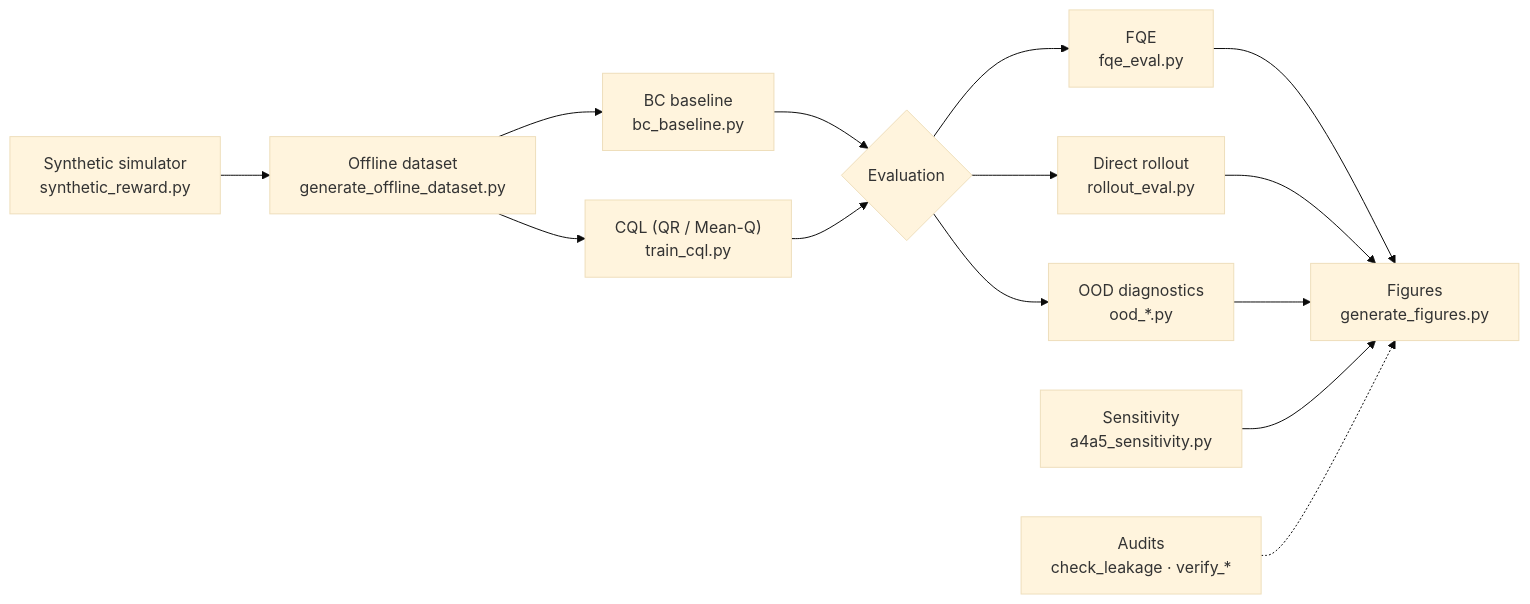
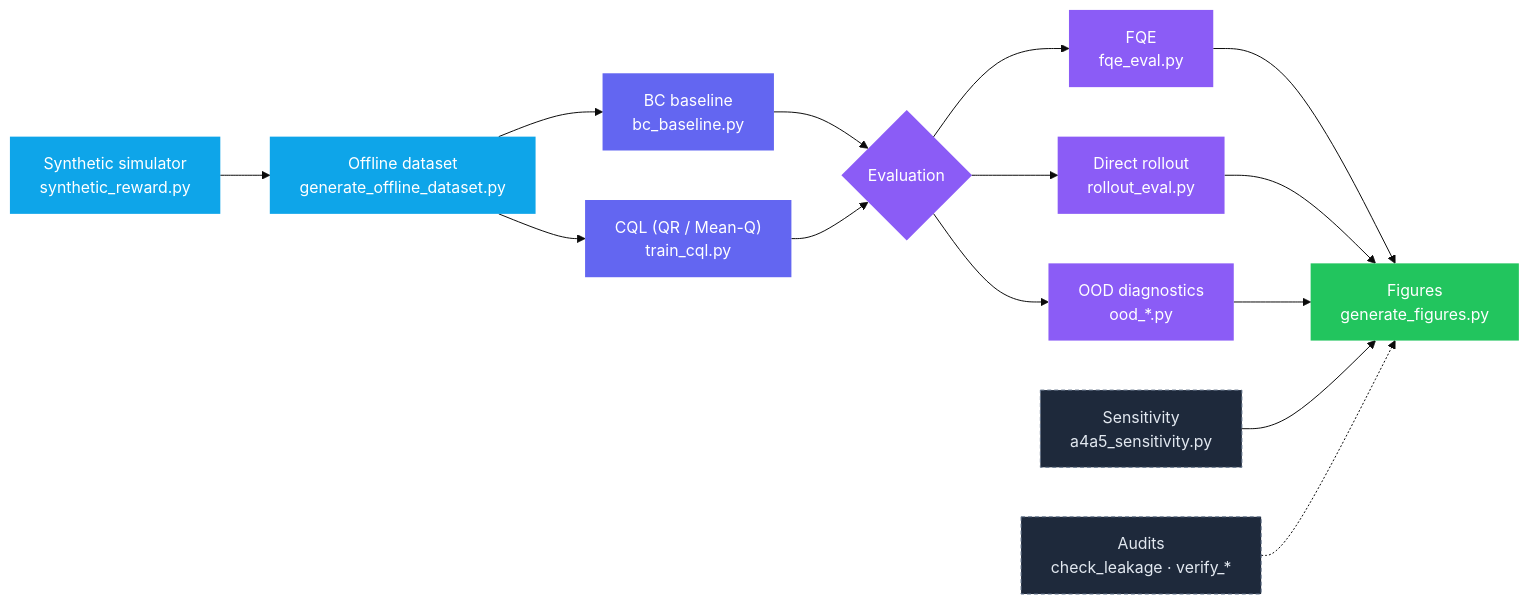
The diagram in README.md (sonubiswal/offline-rl-groundwater-audit), drawn with Mermaid (base theme) before and after one commit. The commit also changed other lines of this file, not shown here.

````diff
--- a/README.md
+++ b/README.md
@@ -48,16 +69,27 @@
 ```mermaid
 flowchart LR
     A["Synthetic simulator<br/>synthetic_reward.py"] --> B["Offline dataset<br/>generate_offline_dataset.py"]
     B --> C["BC baseline<br/>bc_baseline.py"]
     B --> D["CQL (QR / Mean-Q)<br/>train_cql.py"]
     C --> E{"Evaluation"}
     D --> E
     E --> F["FQE<br/>fqe_eval.py"]
     E --> G["Direct rollout<br/>rollout_eval.py"]
     E --> H["OOD diagnostics<br/>ood_*.py"]
     F --> I["Figures<br/>generate_figures.py"]
     G --> I
     H --> I
     J["Sensitivity<br/>a4a5_sensitivity.py"] --> I
     K["Audits<br/>check_leakage · verify_*"] -.-> I
+
+    classDef sim fill:#0ea5e9,stroke:none,color:#fff
+    classDef train fill:#6366f1,stroke:none,color:#fff
+    classDef evalc fill:#8b5cf6,stroke:none,color:#fff
+    classDef out fill:#22c55e,stroke:none,color:#fff
+    classDef audit fill:#1e293b,stroke:#64748b,color:#e2e8f0,stroke-dasharray: 4 3
+    class A,B sim
+    class C,D train
+    class E,F,G,H evalc
+    class I out
+    class J,K audit
 ```
````
